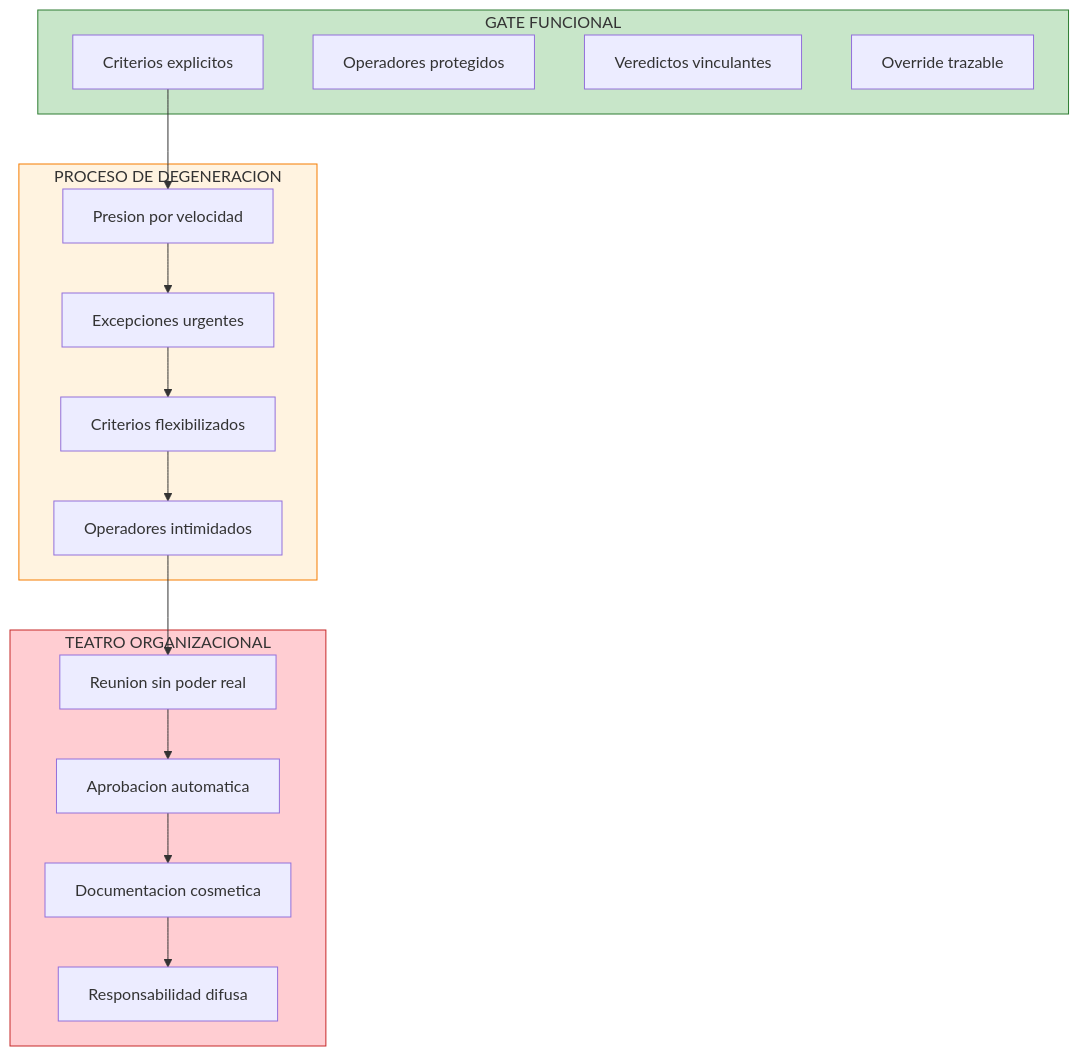
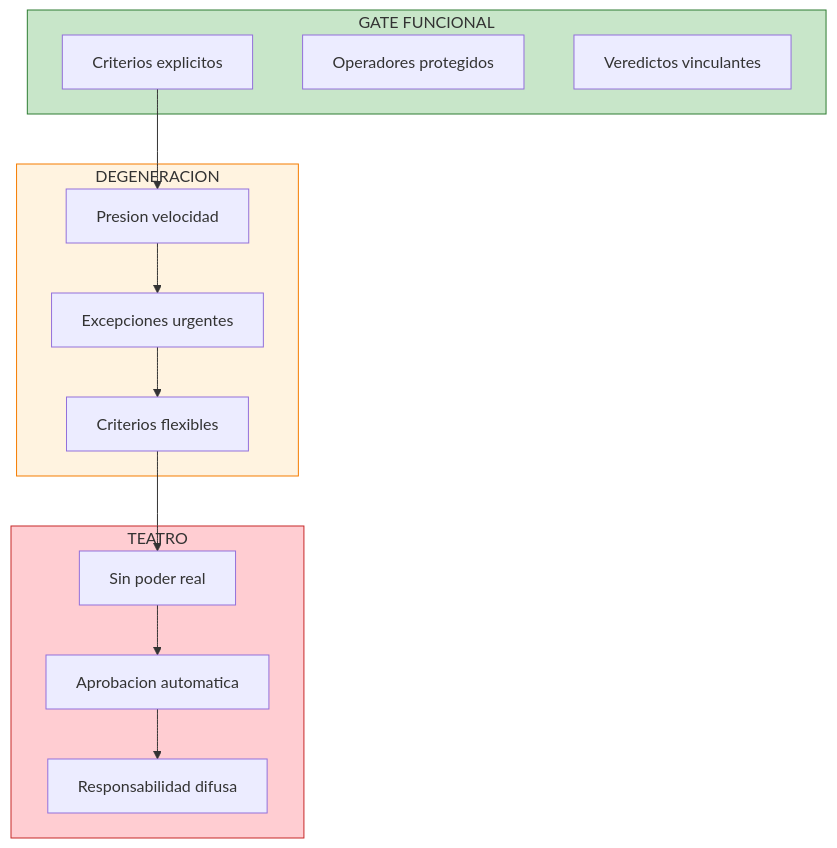
Before and after one commit to gonzalezulises/mas-control-mas-caos: the diagram in assets/diagrams/AppD-antipatrones.mermaid, drawn with Mermaid. The commit also changed 4 other files, not shown here.

First line of the commit message:
Shorten diagram titles to prevent cutoff

```diff
--- a/assets/diagrams/AppD-antipatrones.mermaid
+++ b/assets/diagrams/AppD-antipatrones.mermaid
@@ -1,35 +1,30 @@
 %%{init: {'flowchart': {'curve': 'basis'}}}%%
 flowchart TB
     subgraph FUNCIONAL["GATE FUNCIONAL"]
-        F1["Criterios explicitos"]
-        F2["Operadores protegidos"]
-        F3["Veredictos vinculantes"]
-        F4["Override trazable"]
+        F1[Criterios explicitos]
+        F2[Operadores protegidos]
+        F3[Veredictos vinculantes]
     end
 
-    subgraph DEGENERACION["PROCESO DE DEGENERACION"]
-        D1["Presion por velocidad"]
-        D2["Excepciones urgentes"]
-        D3["Criterios flexibilizados"]
-        D4["Operadores intimidados"]
+    subgraph DEGENERACION["DEGENERACION"]
+        D1[Presion velocidad]
+        D2[Excepciones urgentes]
+        D3[Criterios flexibles]
     end
 
-    subgraph TEATRO["TEATRO ORGANIZACIONAL"]
-        T1["Reunion sin poder real"]
-        T2["Aprobacion automatica"]
-        T3["Documentacion cosmetica"]
-        T4["Responsabilidad difusa"]
+    subgraph TEATRO["TEATRO"]
+        T1[Sin poder real]
+        T2[Aprobacion automatica]
+        T3[Responsabilidad difusa]
     end
 
     F1 --> D1
     D1 --> D2
     D2 --> D3
-    D3 --> D4
-    D4 --> T1
+    D3 --> T1
     T1 --> T2
     T2 --> T3
-    T3 --> T4
 
     style FUNCIONAL fill:#c8e6c9,stroke:#2e7d32
     style DEGENERACION fill:#fff3e0,stroke:#f57c00
     style TEATRO fill:#ffcdd2,stroke:#c62828
```
